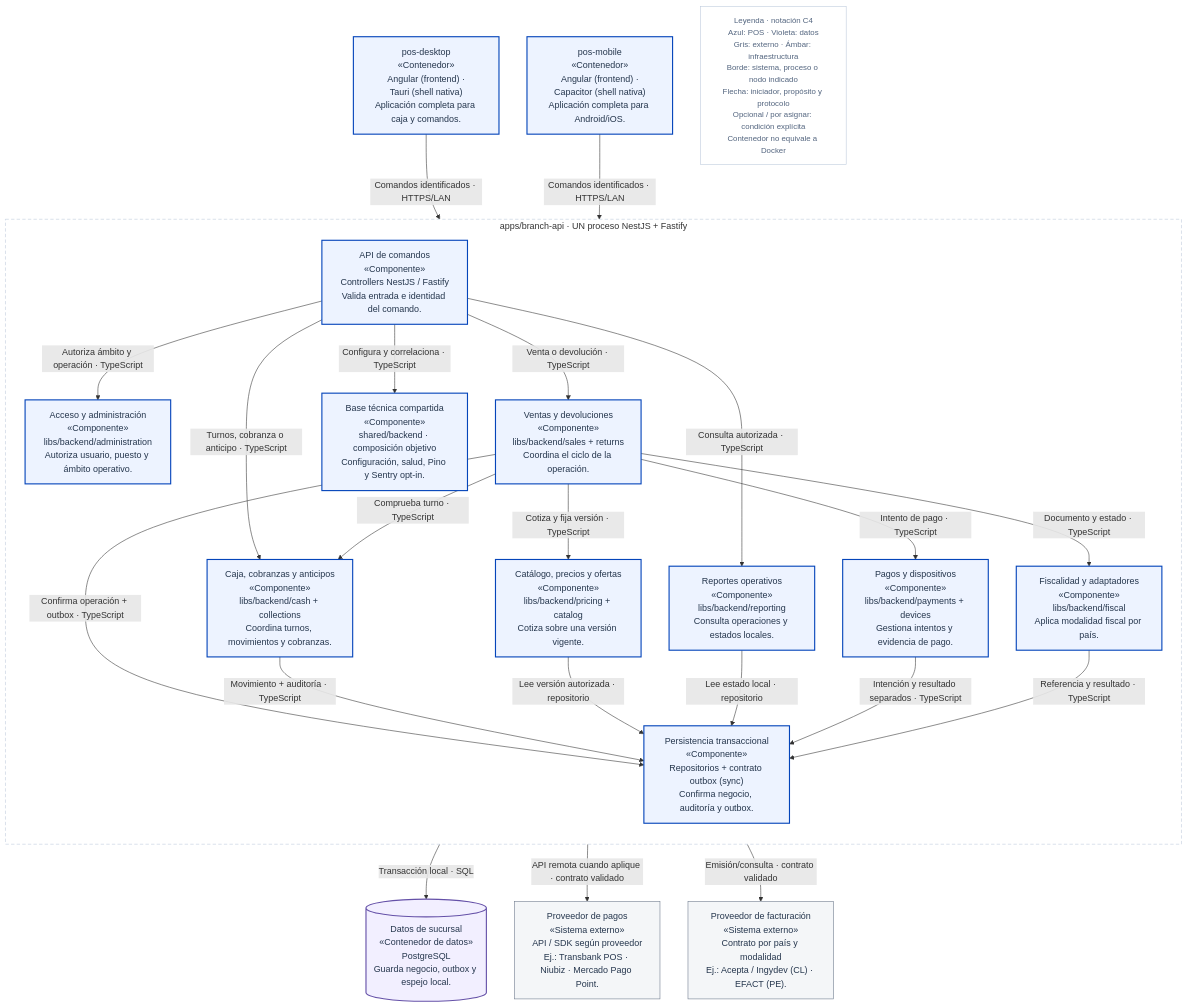
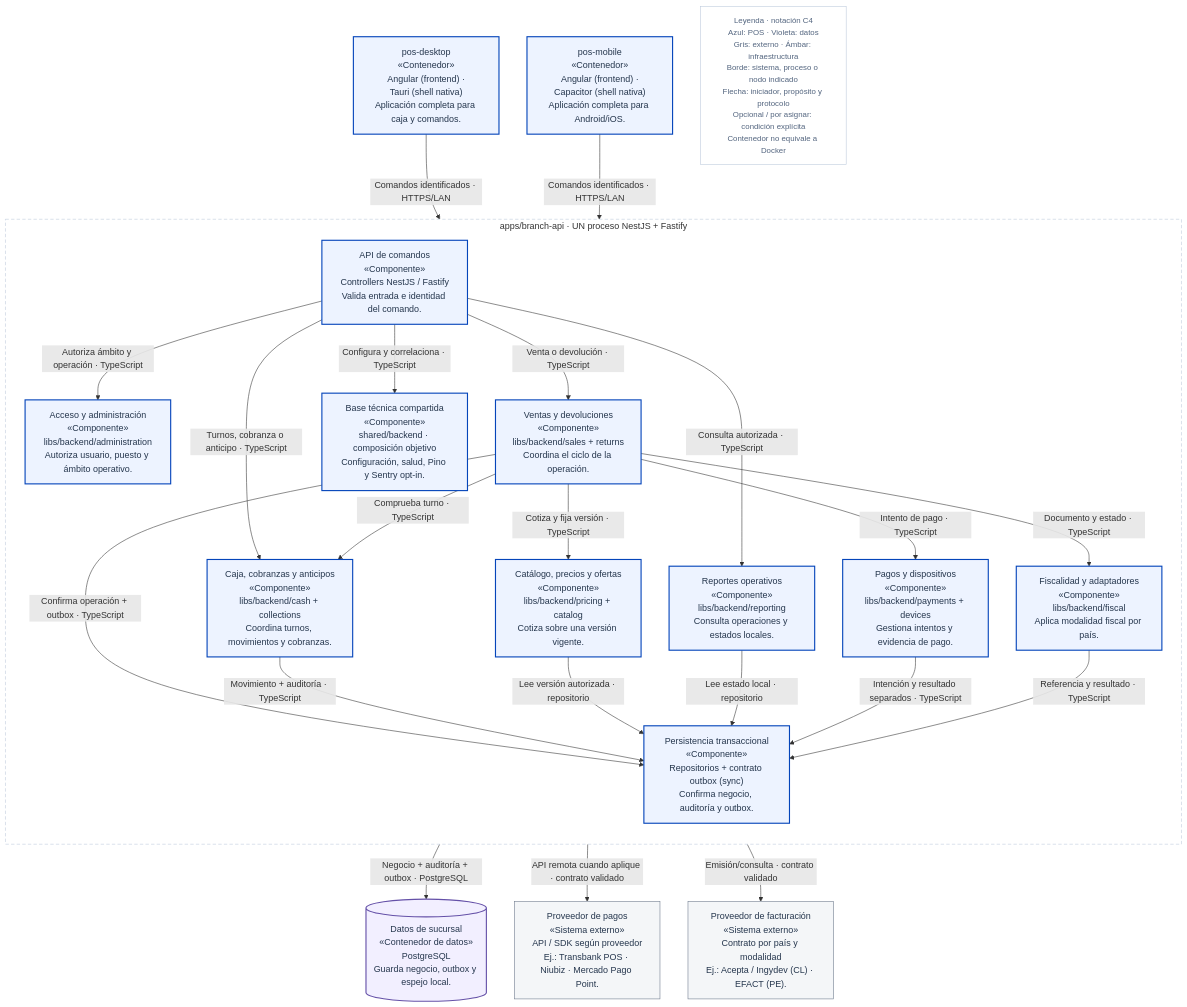
The diagram in docs/diagramas-excalidraw/mermaid/c4-backend.mmd (developer-implementos/pos-docs), drawn with Mermaid before and after one commit. The commit also changed 53 other files, not shown here.

Commit message:
docs: use consistent PostgreSQL connector labels

```diff
--- a/docs/diagramas-excalidraw/mermaid/c4-backend.mmd
+++ b/docs/diagramas-excalidraw/mermaid/c4-backend.mmd
@@ -1,49 +1,49 @@
 flowchart TB
     accTitle: C3 · branch-api — Negocio de sucursal en un proceso
     accDescr: apps/branch-api compone módulos de negocio y base técnica. Las bibliotecas agrupadas comparten proceso, sin convertirse en servicios independientes. sales/returns, cash/collections, pricing/catalog, payments/devices, fiscal, reporting, administration y contrato outbox de sync. El transporte vive en branch-sync-worker y la ACL en erp-worker.
     subgraph backendScope["apps/branch-api · UN proceso NestJS + Fastify"]
         direction TB
         entry["API de comandos<br/>«Componente»<br/>Controllers NestJS / Fastify<br/>Valida entrada e identidad del comando."]:::pos
         access["Acceso y administración<br/>«Componente»<br/>libs/backend/administration<br/>Autoriza usuario, puesto y ámbito operativo."]:::pos
         sales["Ventas y devoluciones<br/>«Componente»<br/>libs/backend/sales + returns<br/>Coordina el ciclo de la operación."]:::pos
         pricing["Catálogo, precios y ofertas<br/>«Componente»<br/>libs/backend/pricing + catalog<br/>Cotiza sobre una versión vigente."]:::pos
         cash["Caja, cobranzas y anticipos<br/>«Componente»<br/>libs/backend/cash + collections<br/>Coordina turnos, movimientos y cobranzas."]:::pos
         payPort["Pagos y dispositivos<br/>«Componente»<br/>libs/backend/payments + devices<br/>Gestiona intentos y evidencia de pago."]:::pos
         fiscalPort["Fiscalidad y adaptadores<br/>«Componente»<br/>libs/backend/fiscal<br/>Aplica modalidad fiscal por país."]:::pos
         reporting["Reportes operativos<br/>«Componente»<br/>libs/backend/reporting<br/>Consulta operaciones y estados locales."]:::pos
         unitOfWork["Persistencia transaccional<br/>«Componente»<br/>Repositorios + contrato outbox (sync)<br/>Confirma negocio, auditoría y outbox."]:::pos
         technicalBase["Base técnica compartida<br/>«Componente»<br/>shared/backend · composición objetivo<br/>Configuración, salud, Pino y Sentry opt-in."]:::pos
     end
     client["pos-desktop<br/>«Contenedor»<br/>Angular (frontend) ·<br/>Tauri (shell nativa)<br/>Aplicación completa para caja y comandos."]:::pos
     mobileClient["pos-mobile<br/>«Contenedor»<br/>Angular (frontend) ·<br/>Capacitor (shell nativa)<br/>Aplicación completa para Android/iOS."]:::pos
     branchDb[("Datos de sucursal<br/>«Contenedor de datos»<br/>PostgreSQL<br/>Guarda negocio, outbox y espejo local.")]:::store
     payments["Proveedor de pagos<br/>«Sistema externo»<br/>API / SDK según proveedor<br/>Ej.: Transbank POS · Niubiz · Mercado Pago Point."]:::external
     fiscal["Proveedor de facturación<br/>«Sistema externo»<br/>Contrato por país y modalidad<br/>Ej.: Acepta / Ingydev (CL) · EFACT (PE)."]:::external
     legend["Leyenda · notación C4<br/>Azul: POS · Violeta: datos<br/>Gris: externo · Ámbar: infraestructura<br/>Borde: sistema, proceso o nodo indicado<br/>Flecha: iniciador, propósito y protocolo<br/>Opcional / por asignar: condición explícita<br/>Contenedor no equivale a Docker"]:::key
     client -->|"Comandos identificados · HTTPS/LAN"| entry
     mobileClient -->|"Comandos identificados · HTTPS/LAN"| entry
     entry -->|"Autoriza ámbito y operación · TypeScript"| access
     entry -->|"Venta o devolución · TypeScript"| sales
     entry -->|"Turnos, cobranza o anticipo · TypeScript"| cash
     entry -->|"Consulta autorizada · TypeScript"| reporting
     entry -->|"Configura y correlaciona · TypeScript"| technicalBase
     sales -->|"Cotiza y fija versión · TypeScript"| pricing
     sales -->|"Comprueba turno · TypeScript"| cash
     sales -->|"Intento de pago · TypeScript"| payPort
     sales -->|"Documento y estado · TypeScript"| fiscalPort
     sales -->|"Confirma operación + outbox · TypeScript"| unitOfWork
     cash -->|"Movimiento + auditoría · TypeScript"| unitOfWork
     pricing -->|"Lee versión autorizada · repositorio"| unitOfWork
     reporting -->|"Lee estado local · repositorio"| unitOfWork
     payPort -->|"Intención y resultado separados · TypeScript"| unitOfWork
     fiscalPort -->|"Referencia y resultado · TypeScript"| unitOfWork
-    unitOfWork -->|"Transacción local · SQL"| branchDb
+    unitOfWork -->|"Negocio + auditoría + outbox · PostgreSQL"| branchDb
     payPort -->|"API remota cuando aplique · contrato validado"| payments
     fiscalPort -->|"Emisión/consulta · contrato validado"| fiscal
     classDef pos fill:#EDF3FF,stroke:#0545BA,color:#25364D,stroke-width:2px
     classDef store fill:#F2EFFF,stroke:#6551A8,color:#25364D,stroke-width:2px
     classDef external fill:#F4F6F8,stroke:#6B788A,color:#25364D
     classDef person fill:#18336D,stroke:#18336D,color:#FFFFFF
     classDef infra fill:#FFF3E0,stroke:#A86516,color:#25364D
     classDef key fill:#FFFFFF,stroke:#BCC9DB,color:#53657F,font-size:14px
     style backendScope fill:#FFFFFF,stroke:#BCC9DB,stroke-dasharray:6 4
```
